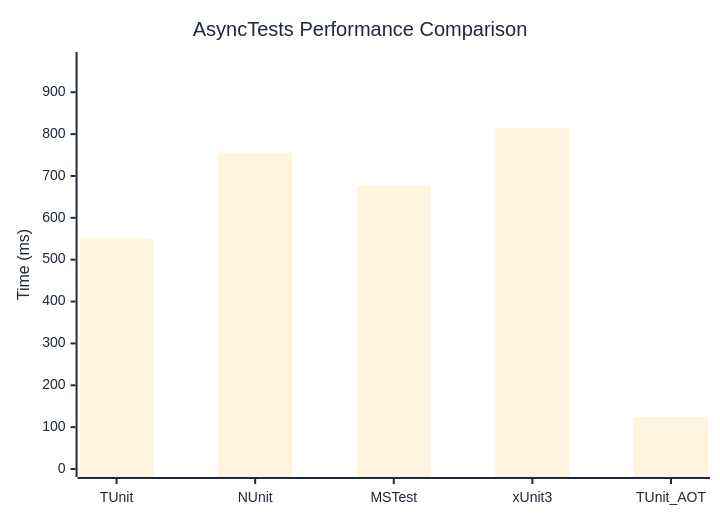
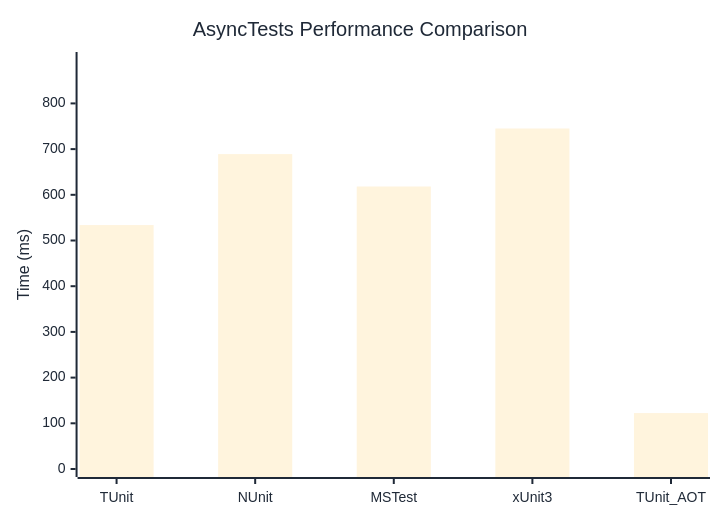
The diagram in docs/docs/benchmarks/AsyncTests.md (thomhurst/TUnit), drawn with Mermaid before and after one commit. The commit also changed other lines of this file and 17 other files, not shown here.

````diff
--- a/docs/docs/benchmarks/AsyncTests.md
+++ b/docs/docs/benchmarks/AsyncTests.md
@@ -27,37 +27,37 @@
 ```mermaid
 %%{init: {
   'theme':'base',
   'themeVariables': {
     'primaryColor': '#2563eb',
     'primaryTextColor': '#1f2937',
     'primaryBorderColor': '#1e40af',
     'lineColor': '#6b7280',
     'secondaryColor': '#7c3aed',
     'tertiaryColor': '#dc2626',
     'background': '#ffffff',
     'mainBkg': '#2563eb',
     'secondBkg': '#7c3aed',
     'tertiaryBkg': '#dc2626',
     'clusterBkg': '#f3f4f6',
     'edgeLabelBackground': '#ffffff',
     'tertiaryTextColor': '#1f2937',
     'pie1': '#2563eb',
     'pie2': '#7c3aed',
     'pie3': '#dc2626',
     'pie4': '#f59e0b',
     'pie5': '#10b981',
     'pie6': '#06b6d4',
     'pie7': '#ec4899',
     'pie8': '#6366f1',
     'pie9': '#84cc16',
     'pie10': '#f97316',
     'pie11': '#14b8a6',
     'pie12': '#a855f7'
   }
 }}%%
 xychart-beta
   title "AsyncTests Performance Comparison"
   x-axis ["TUnit", "NUnit", "MSTest", "xUnit3", "TUnit_AOT"]
-  y-axis "Time (ms)" 0 --> 977
-  bar [550.7, 755.6, 675.7, 814.1, 124.1]
+  y-axis "Time (ms)" 0 --> 895
+  bar [533.8, 689.1, 618.2, 745.1, 122.4]
 ```
````
